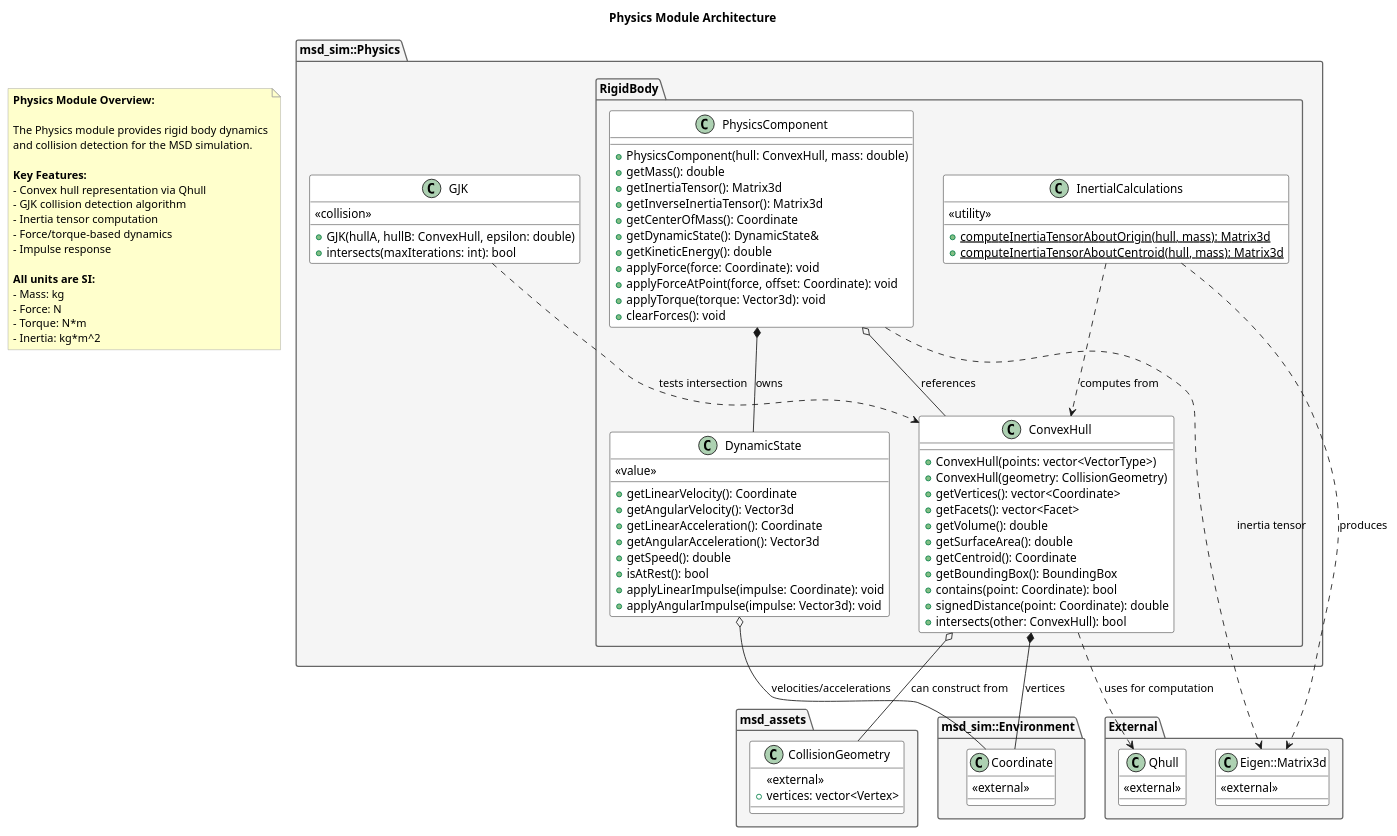
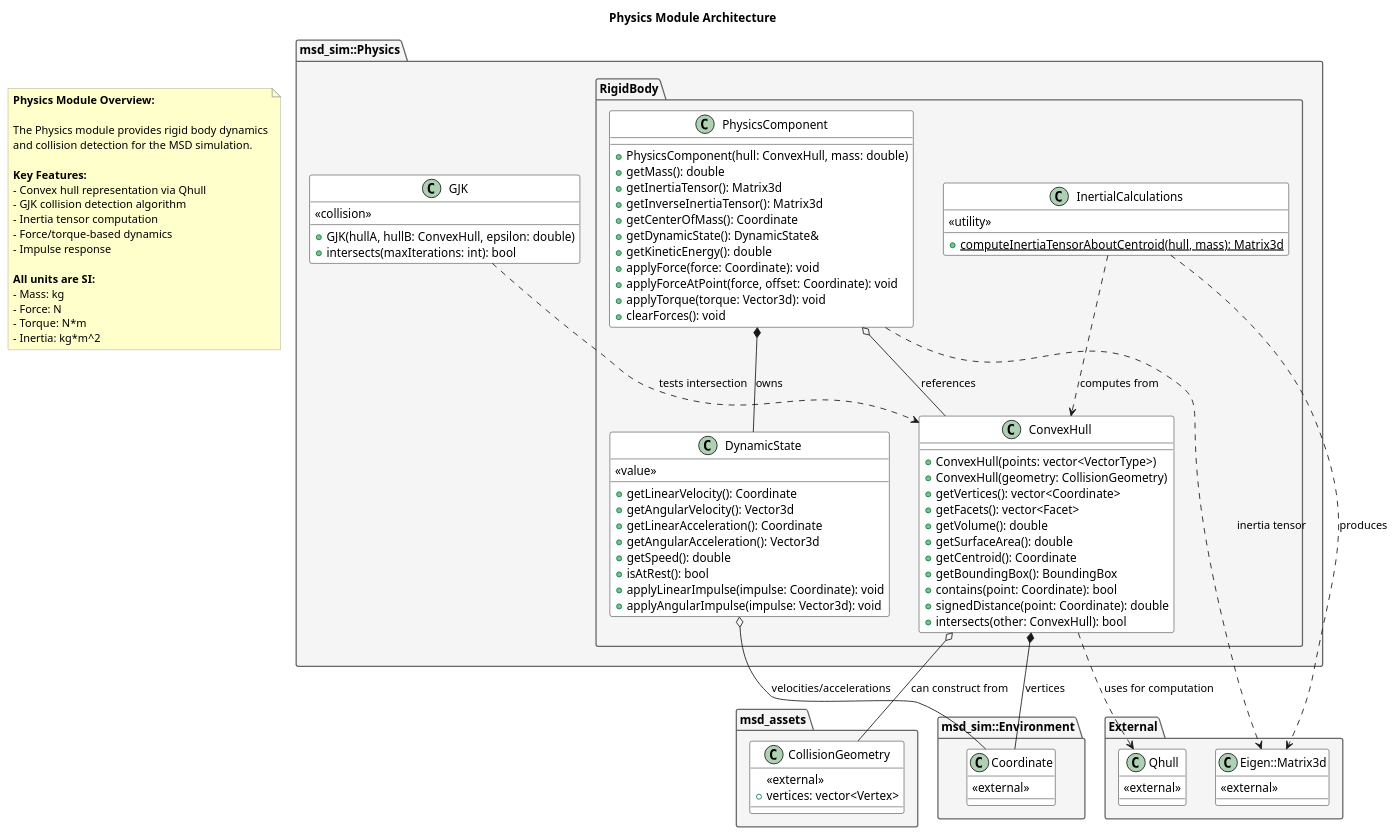
The diagram in docs/msd/msd-sim/Physics/physics-core.puml (danielnewman09/MSD-CPP), drawn with PlantUML before and after one commit. The commit also changed 41 other files, not shown here.

```diff
--- a/docs/msd/msd-sim/Physics/physics-core.puml
+++ b/docs/msd/msd-sim/Physics/physics-core.puml
@@ -1,159 +1,158 @@
 @startuml
 ' =============================================================================
 ' Physics Module - High-Level Architecture Overview
 ' Description: Force-based rigid body dynamics and collision detection
 ' Date: 2026-01-01
 ' =============================================================================
 
 skinparam class {
     BackgroundColor White
     BorderColor Black
 }
 
 skinparam package {
     BackgroundColor #F5F5F5
     BorderColor #666666
 }
 
 skinparam note {
     BackgroundColor #FFFFCC
     BorderColor #999999
 }
 
 title Physics Module Architecture
 
 ' -----------------------------------------------------------------------------
 ' Physics Package
 ' -----------------------------------------------------------------------------
 package "msd_sim::Physics" {
 
     package "RigidBody" {
         class ConvexHull {
             +ConvexHull(points: vector<VectorType>)
             +ConvexHull(geometry: CollisionGeometry)
             +getVertices(): vector<Coordinate>
             +getFacets(): vector<Facet>
             +getVolume(): double
             +getSurfaceArea(): double
             +getCentroid(): Coordinate
             +getBoundingBox(): BoundingBox
             +contains(point: Coordinate): bool
             +signedDistance(point: Coordinate): double
             +intersects(other: ConvexHull): bool
         }
 
         class PhysicsComponent {
             +PhysicsComponent(hull: ConvexHull, mass: double)
             +getMass(): double
             +getInertiaTensor(): Matrix3d
             +getInverseInertiaTensor(): Matrix3d
             +getCenterOfMass(): Coordinate
             +getDynamicState(): DynamicState&
             +getKineticEnergy(): double
             +applyForce(force: Coordinate): void
             +applyForceAtPoint(force, offset: Coordinate): void
             +applyTorque(torque: Vector3d): void
             +clearForces(): void
         }
 
         class DynamicState {
             <<value>>
             +getLinearVelocity(): Coordinate
             +getAngularVelocity(): Vector3d
             +getLinearAcceleration(): Coordinate
             +getAngularAcceleration(): Vector3d
             +getSpeed(): double
             +isAtRest(): bool
             +applyLinearImpulse(impulse: Coordinate): void
             +applyAngularImpulse(impulse: Vector3d): void
         }
 
         class InertialCalculations {
             <<utility>>
-            +{static} computeInertiaTensorAboutOrigin(hull, mass): Matrix3d
             +{static} computeInertiaTensorAboutCentroid(hull, mass): Matrix3d
         }
     }
 
     class GJK {
         <<collision>>
         +GJK(hullA, hullB: ConvexHull, epsilon: double)
         +intersects(maxIterations: int): bool
     }
 }
 
 ' -----------------------------------------------------------------------------
 ' External Dependencies
 ' -----------------------------------------------------------------------------
 package "External" {
     class "Qhull" as Qhull {
         <<external>>
         ' Convex hull computation
     }
 
     class "Eigen::Matrix3d" as Matrix3d {
         <<external>>
         ' 3x3 matrix (inertia tensor)
     }
 }
 
 package "msd_assets" {
     class CollisionGeometry {
         <<external>>
         +vertices: vector<Vertex>
     }
 }
 
 package "msd_sim::Environment" {
     class Coordinate {
         <<external>>
         ' 3D position/velocity
     }
 }
 
 ' -----------------------------------------------------------------------------
 ' Relationships
 ' -----------------------------------------------------------------------------
 
 ' RigidBody internal relationships
 PhysicsComponent *-- DynamicState : owns
 PhysicsComponent o-- ConvexHull : references
 InertialCalculations ..> ConvexHull : computes from
 InertialCalculations ..> Matrix3d : produces
 
 ' ConvexHull relationships
 ConvexHull ..> Qhull : uses for computation
 ConvexHull *-- Coordinate : vertices
 ConvexHull o-- CollisionGeometry : can construct from
 
 ' GJK relationships
 GJK ..> ConvexHull : tests intersection
 
 ' External type usage
 PhysicsComponent ..> Matrix3d : inertia tensor
 DynamicState o-- Coordinate : velocities/accelerations
 
 ' -----------------------------------------------------------------------------
 ' Package Note
 ' -----------------------------------------------------------------------------
 note as PhysicsNote
     **Physics Module Overview:**
 
     The Physics module provides rigid body dynamics
     and collision detection for the MSD simulation.
 
     **Key Features:**
     - Convex hull representation via Qhull
     - GJK collision detection algorithm
     - Inertia tensor computation
     - Force/torque-based dynamics
     - Impulse response
 
     **All units are SI:**
     - Mass: kg
     - Force: N
     - Torque: N*m
     - Inertia: kg*m^2
 end note
 
 @enduml
```
